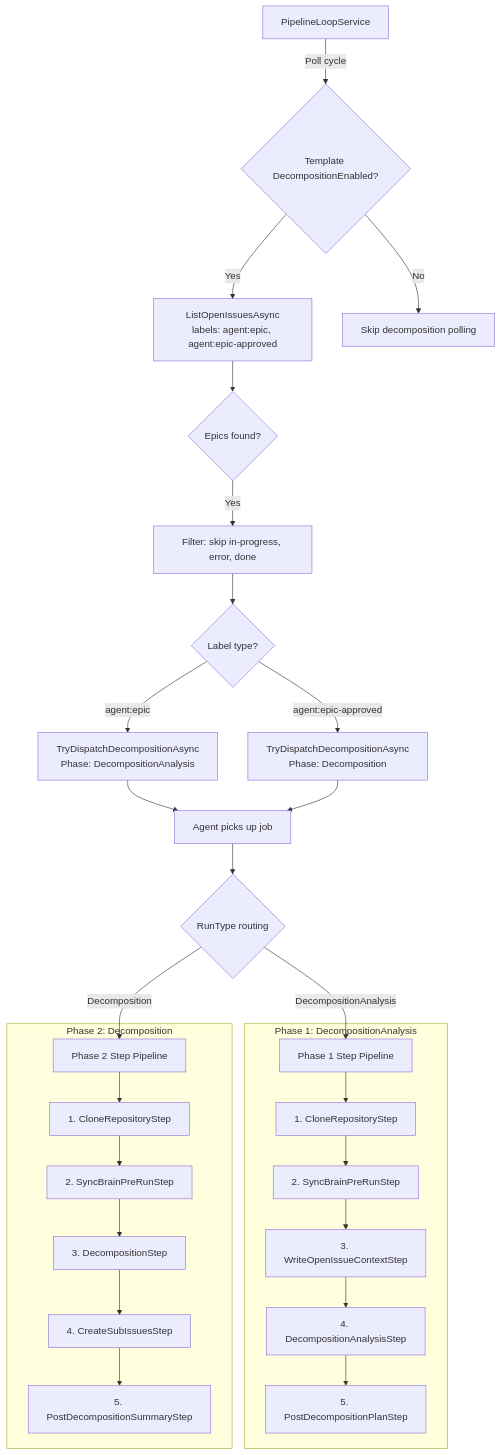
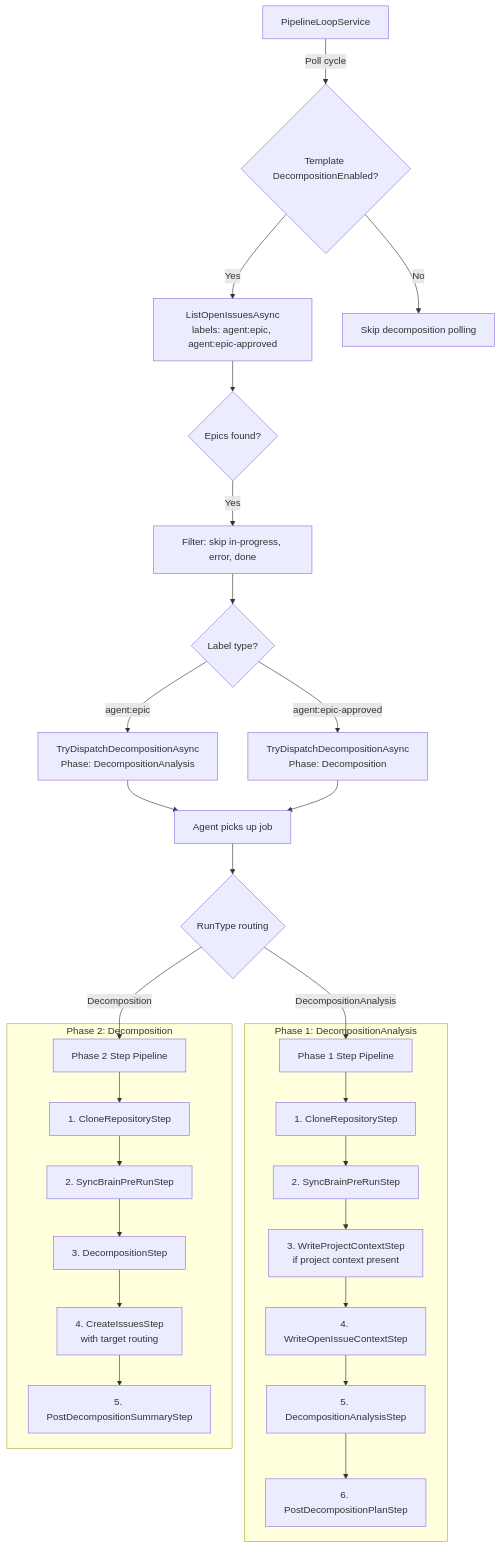
Before and after one commit to Chemsorly/coding-agent-automation: the ninth of 10 diagrams in docs/pipeline-orchestration.md, drawn with Mermaid. The commit also changed other lines of this file and 86 other files, not shown here.

````diff
--- a/docs/pipeline-orchestration.md
+++ b/docs/pipeline-orchestration.md
@@ -690,32 +696,33 @@
 ```mermaid
 flowchart TD
     A[PipelineLoopService] -->|Poll cycle| B{Template DecompositionEnabled?}
     B -->|Yes| C[ListOpenIssuesAsync<br/>labels: agent:epic, agent:epic-approved]
     B -->|No| D[Skip decomposition polling]
     C --> E{Epics found?}
     E -->|Yes| F[Filter: skip in-progress, error, done]
     F --> G{Label type?}
     G -->|agent:epic| H[TryDispatchDecompositionAsync<br/>Phase: DecompositionAnalysis]
     G -->|agent:epic-approved| I[TryDispatchDecompositionAsync<br/>Phase: Decomposition]
     H --> J[Agent picks up job]
     I --> J
     J --> K{RunType routing}
     K -->|DecompositionAnalysis| L[Phase 1 Step Pipeline]
     K -->|Decomposition| M[Phase 2 Step Pipeline]
 
     subgraph "Phase 1: DecompositionAnalysis"
         L --> P1S1[1. CloneRepositoryStep]
         P1S1 --> P1S2[2. SyncBrainPreRunStep]
-        P1S2 --> P1S3[3. WriteOpenIssueContextStep]
-        P1S3 --> P1S4[4. DecompositionAnalysisStep]
-        P1S4 --> P1S5[5. PostDecompositionPlanStep]
+        P1S2 --> P1S2b[3. WriteProjectContextStep<br/>if project context present]
+        P1S2b --> P1S3[4. WriteOpenIssueContextStep]
+        P1S3 --> P1S4[5. DecompositionAnalysisStep]
+        P1S4 --> P1S5[6. PostDecompositionPlanStep]
     end
 
     subgraph "Phase 2: Decomposition"
         M --> P2S1[1. CloneRepositoryStep]
         P2S1 --> P2S2[2. SyncBrainPreRunStep]
         P2S2 --> P2S3[3. DecompositionStep]
-        P2S3 --> P2S4[4. CreateSubIssuesStep]
+        P2S3 --> P2S4[4. CreateIssuesStep<br/>with target routing]
         P2S4 --> P2S5[5. PostDecompositionSummaryStep]
     end
 ```
````
